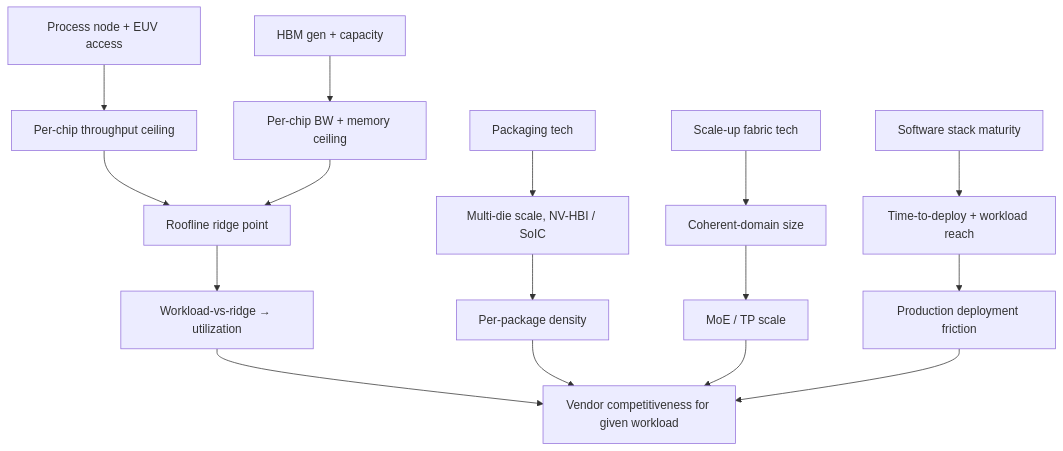
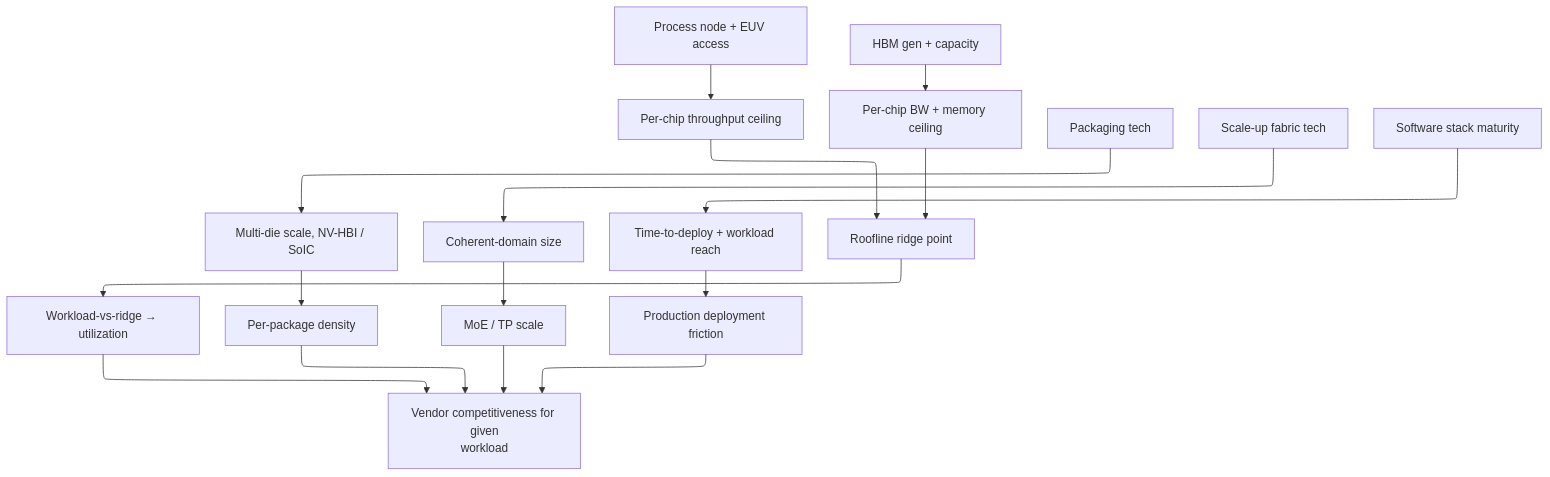
One commit to Wty2003328/ai_infra_intro changed the third of 3 diagrams in ai_infra/L3_Microarchitecture/Accelerator_Landscape_2026.md. Above: the diagram before and after it, drawn with Mermaid. The commit also changed other lines of this file and 108 other files, not shown here.

````diff
--- a/ai_infra/L3_Microarchitecture/Accelerator_Landscape_2026.md
+++ b/ai_infra/L3_Microarchitecture/Accelerator_Landscape_2026.md
@@ -295,18 +297,19 @@
 ```mermaid
+%%{init: {"flowchart": {"defaultRenderer": "elk", "nodeSpacing": 60, "rankSpacing": 60, "htmlLabels": false}}}%%
 flowchart TD
     A[Process node + EUV access] --> B[Per-chip throughput ceiling]
     C[HBM gen + capacity] --> D[Per-chip BW + memory ceiling]
     E[Packaging tech] --> F[Multi-die scale, NV-HBI / SoIC]
     G[Scale-up fabric tech] --> H[Coherent-domain size]
     I[Software stack maturity] --> J[Time-to-deploy + workload reach]
 
     B --> K[Roofline ridge point]
     D --> K
     K --> L[Workload-vs-ridge → utilization]
 
     F --> M[Per-package density]
     H --> N[MoE / TP scale]
     J --> O[Production deployment friction]
 
-    L & M & N & O --> P[Vendor competitiveness for given workload]
+    L & M & N & O --> P[Vendor competitiveness for given<br/>workload]
 ```
````
